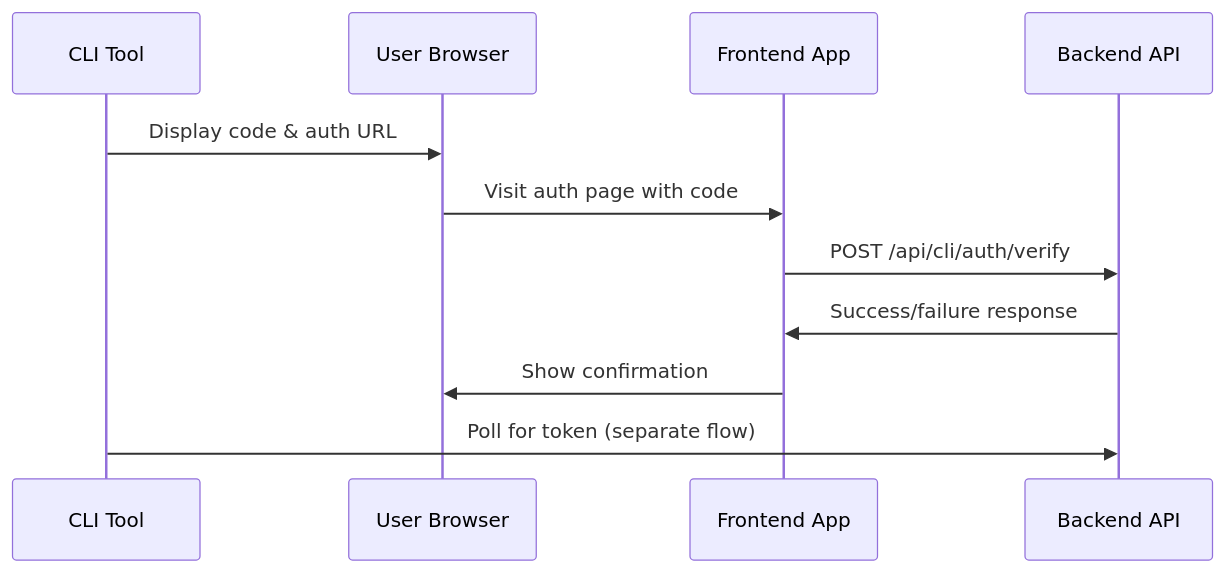
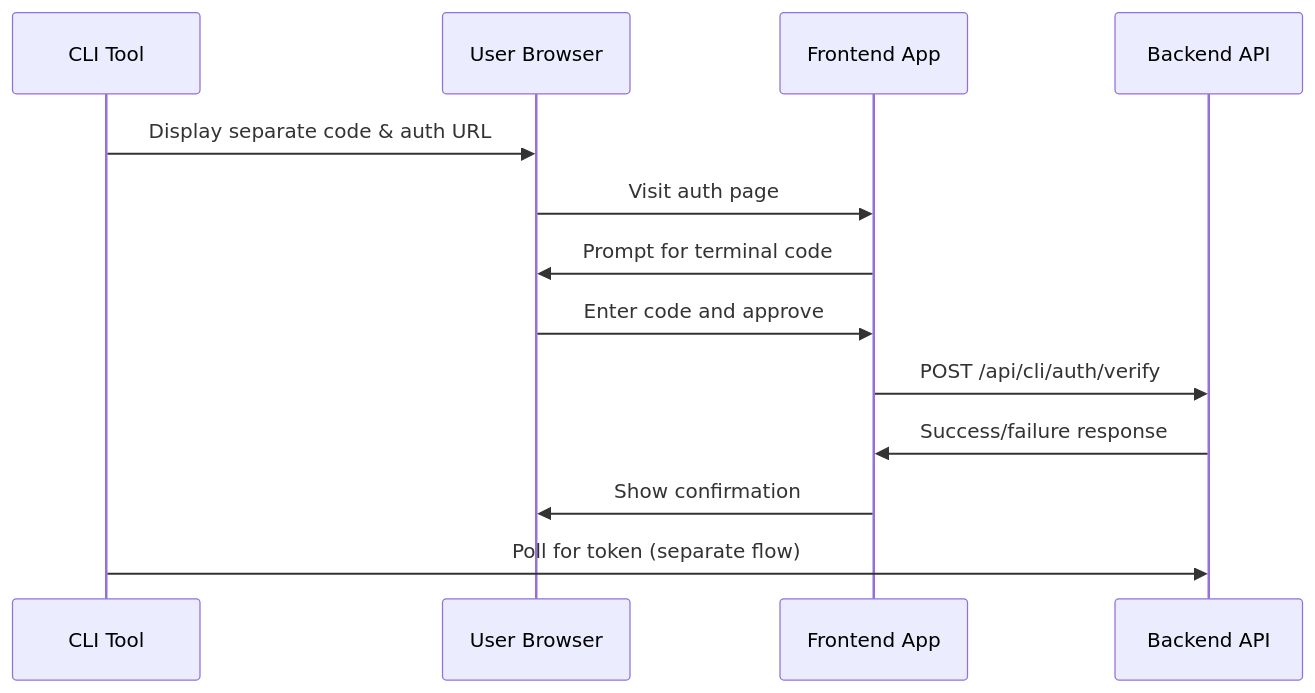
Before and after one commit to projectachilles/ProjectAchilles: the first of 2 diagrams in wiki/docs/developer-guide/frontend/auth-hooks.md, drawn with Mermaid. The commit also changed other lines of this file and 4 other files, not shown here.

````diff
--- a/wiki/docs/developer-guide/frontend/auth-hooks.md
+++ b/wiki/docs/developer-guide/frontend/auth-hooks.md
@@ -71,14 +71,16 @@
 ```mermaid
 sequenceDiagram
     participant CLI as CLI Tool
     participant User as User Browser
     participant Frontend as Frontend App
     participant Backend as Backend API
 
-    CLI->>User: Display code & auth URL
-    User->>Frontend: Visit auth page with code
+    CLI->>User: Display separate code & auth URL
+    User->>Frontend: Visit auth page
+    Frontend->>User: Prompt for terminal code
+    User->>Frontend: Enter code and approve
     Frontend->>Backend: POST /api/cli/auth/verify
     Backend->>Frontend: Success/failure response
     Frontend->>User: Show confirmation
     CLI->>Backend: Poll for token (separate flow)
 ```
````
